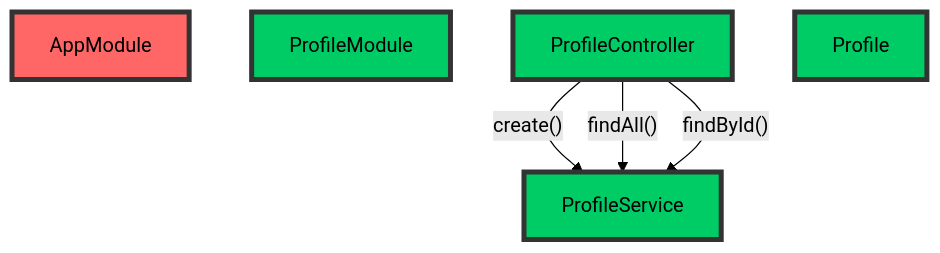
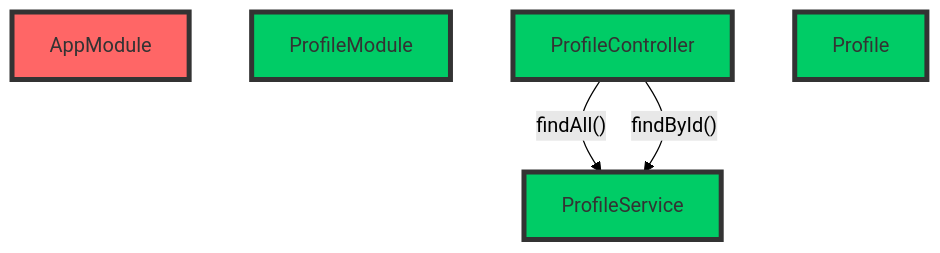
The first of 10 diagrams in README.md (boostercloud/kyc-example), drawn with Mermaid (forest theme) before and after one commit. The commit also changed other lines of this file and 4 other files, not shown here.

Commit message:
Added graphs, fixed errors and reworked some statistics and metrics

````diff
--- a/README.md
+++ b/README.md
@@ -110,13 +111,12 @@
 ```mermaid
 graph TD;
-    classDef red fill:#ff6666,stroke:#333,stroke-width:4px;
-    classDef green fill:#00cc66,stroke:#333,stroke-width:4px;
+    classDef red fill:#ff6666,stroke:#333,stroke-width:4px,color:#333;
+    classDef green fill:#00cc66,stroke:#333,stroke-width:4px,color:#333;
     A[AppModule];
     B[ProfileModule];
-    C[ProfileController] -->|"create()"| D[ProfileService];
-    C -->|"findAll()"| D;
+    C[ProfileController] -->|"findAll()"| D[ProfileService];
     C -->|"findById()"| D;
     E[Profile];
     class A red;
     class B,C,D,E green;
 ```
````
